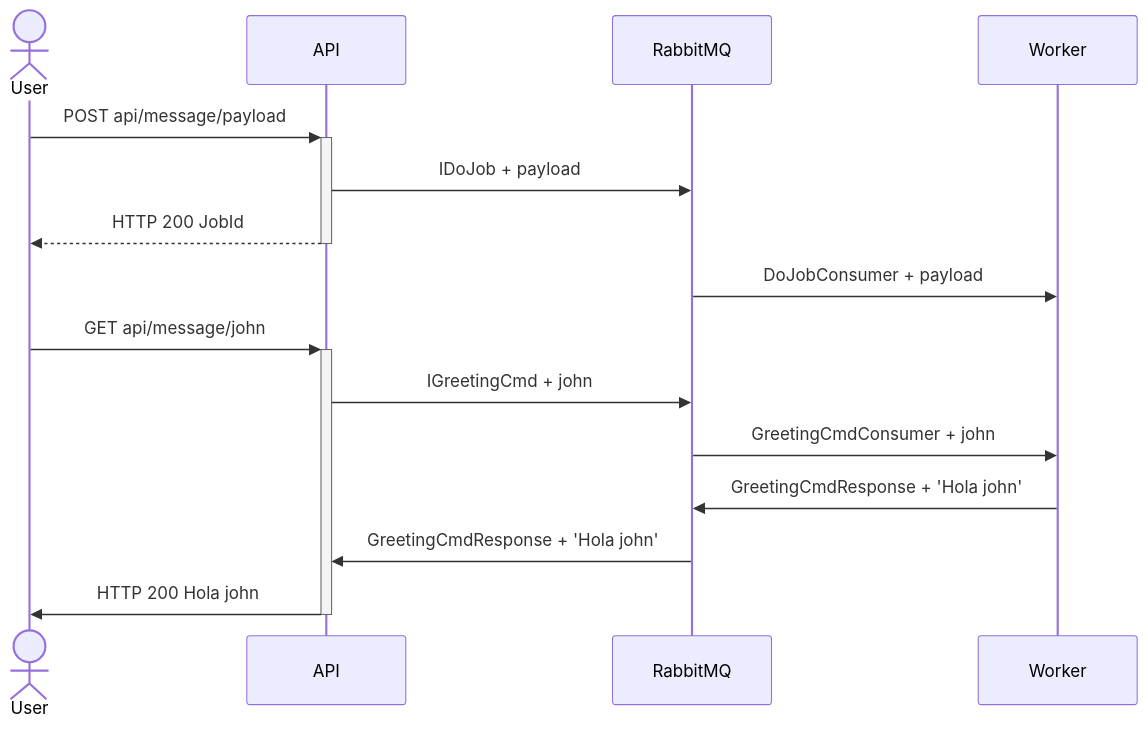
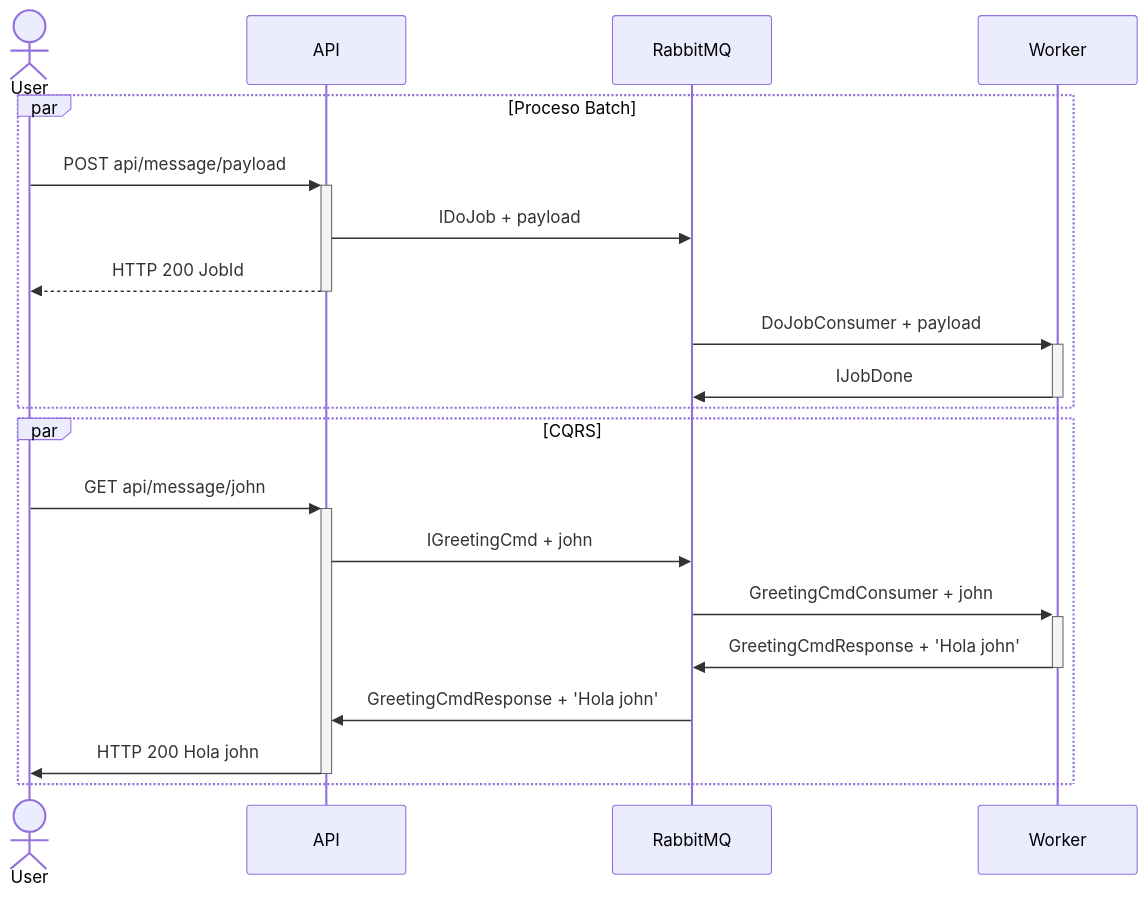
Before and after one commit to ARQSW2/tp-containers: the diagram in README.md, drawn with Mermaid.

````diff
--- a/README.md
+++ b/README.md
@@ -19,14 +19,19 @@
 ```mermaid
 sequenceDiagram
-  actor User
-  User->>+API: POST api/message/payload
-  API->>RabbitMQ: IDoJob + payload
-  API-->>-User:HTTP 200 JobId
-  RabbitMQ->>Worker: DoJobConsumer + payload
-  User->>+API: GET api/message/john
-  API->>RabbitMQ: IGreetingCmd + john
-  RabbitMQ->>Worker: GreetingCmdConsumer + john
-  Worker->>RabbitMQ: GreetingCmdResponse + 'Hola john'
-  RabbitMQ->>API: GreetingCmdResponse + 'Hola john'
-  API->>-User: HTTP 200 Hola john
+  par Proceso Batch
+    actor User
+    User->>+API: POST api/message/payload
+    API->>RabbitMQ: IDoJob + payload
+    API-->>-User:HTTP 200 JobId
+    RabbitMQ->>+Worker: DoJobConsumer + payload
+    Worker->>-RabbitMQ: IJobDone
+  end
+  par CQRS
+    User->>+API: GET api/message/john
+    API->>RabbitMQ: IGreetingCmd + john
+    RabbitMQ->>+Worker: GreetingCmdConsumer + john
+    Worker->>-RabbitMQ: GreetingCmdResponse + 'Hola john'
+    RabbitMQ->>API: GreetingCmdResponse + 'Hola john'
+    API->>-User: HTTP 200 Hola john
+  end
 ```
````
